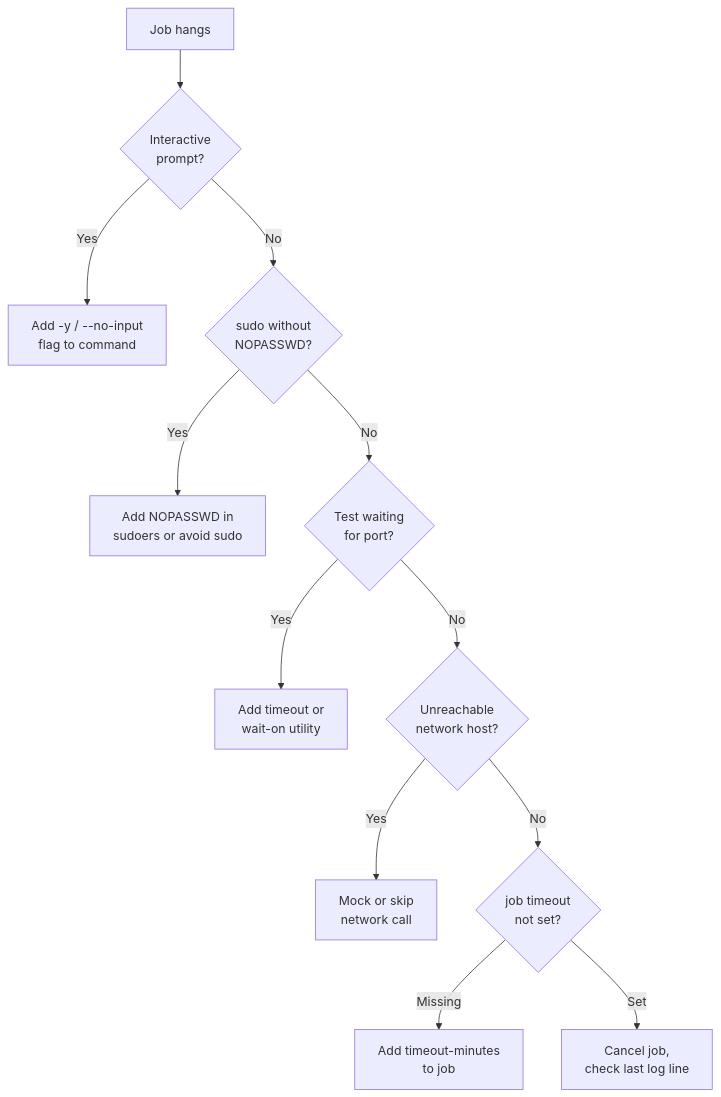
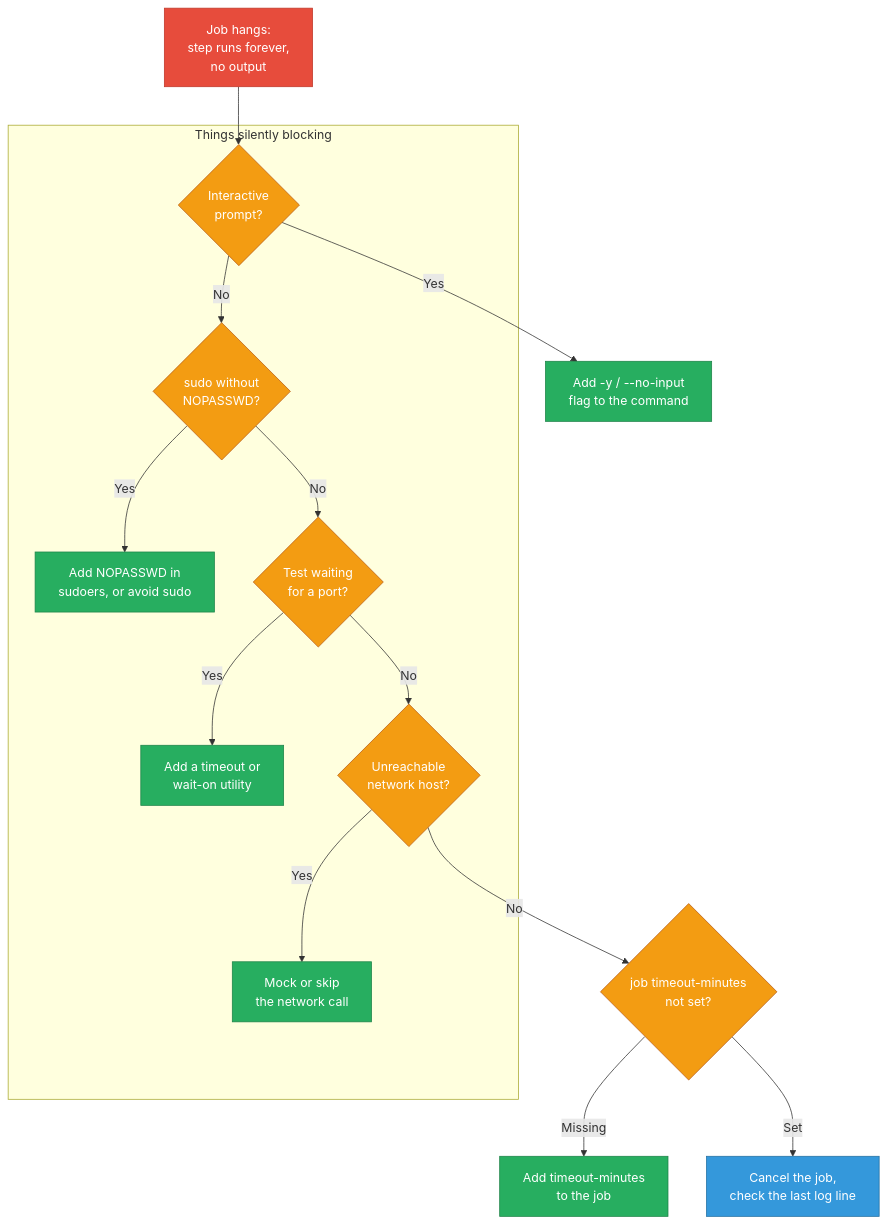
One commit to deepanshu-rawat6/DevOpsIndex changed the second of 8 diagrams in sre/cicd-scenarios.md. Above: the diagram before and after it, drawn with Mermaid. The commit also changed other lines of this file and 10 other files, not shown here.

````diff
--- a/sre/cicd-scenarios.md
+++ b/sre/cicd-scenarios.md
@@ -65,14 +112,23 @@
 ```mermaid
 flowchart TD
-    A[Job hangs] --> B{Interactive<br/>prompt?}
-    B -- Yes --> B1[Add -y / --no-input<br/>flag to command]
-    B -- No --> C{sudo without<br/>NOPASSWD?}
-    C -- Yes --> C1[Add NOPASSWD in<br/>sudoers or avoid sudo]
-    C -- No --> D{Test waiting<br/>for port?}
-    D -- Yes --> D1[Add timeout or<br/>wait-on utility]
-    D -- No --> E{Unreachable<br/>network host?}
-    E -- Yes --> E1[Mock or skip<br/>network call]
-    E -- No --> F{job timeout<br/>not set?}
-    F -- Missing --> F1[Add timeout-minutes<br/>to job]
-    F -- Set --> G[Cancel job,<br/>check last log line]
+    classDef err fill:#e74c3c,stroke:#c0392b,color:#fff
+    classDef decision fill:#f39c12,stroke:#ba6018,color:#fff
+    classDef fix fill:#27ae60,stroke:#1e8449,color:#fff
+    classDef verify fill:#3498db,stroke:#2471a3,color:#fff
+
+    A["Job hangs:<br/>step runs forever,<br/>no output"]:::err --> B{"Interactive<br/>prompt?"}:::decision
+    B -- Yes --> B1["Add -y / --no-input<br/>flag to the command"]:::fix
+
+    subgraph WAIT["Things silently blocking"]
+        B -- No --> C{"sudo without<br/>NOPASSWD?"}:::decision
+        C -- Yes --> C1["Add NOPASSWD in<br/>sudoers, or avoid sudo"]:::fix
+        C -- No --> D{"Test waiting<br/>for a port?"}:::decision
+        D -- Yes --> D1["Add a timeout or<br/>wait-on utility"]:::fix
+        D -- No --> E{"Unreachable<br/>network host?"}:::decision
+        E -- Yes --> E1["Mock or skip<br/>the network call"]:::fix
+    end
+
+    E -- No --> F{"job timeout-minutes<br/>not set?"}:::decision
+    F -- Missing --> F1["Add timeout-minutes<br/>to the job"]:::fix
+    F -- Set --> G["Cancel the job,<br/>check the last log line"]:::verify
 ```
````
